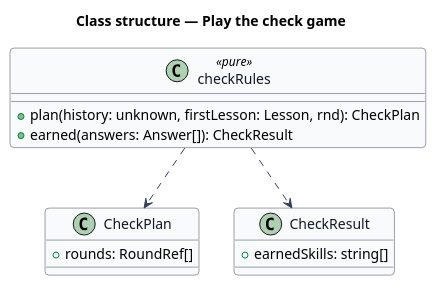
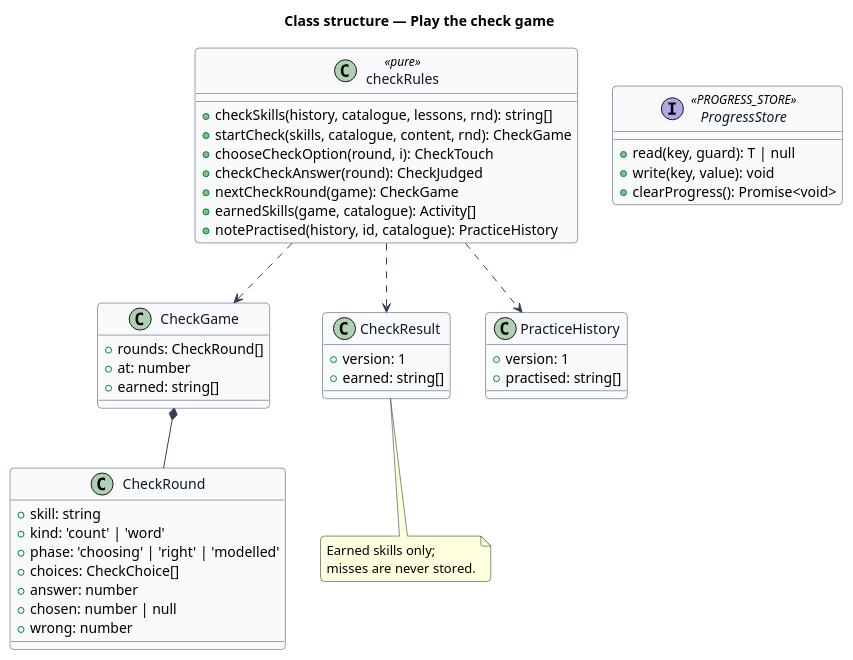
The diagram in docs/detailed-designs/lessons/check-game/diagrams/class.puml (QuinntyneBrown/pibbo), drawn with PlantUML before and after one commit. The commit also changed 30 other files, not shown here.

First line of the commit message:
Align the check game: redraw What do I know? to AGENTS.md and L2-023, the Home check card, L2-023, ADRs 0025 and 0026, and the design

```diff
--- a/docs/detailed-designs/lessons/check-game/diagrams/class.puml
+++ b/docs/detailed-designs/lessons/check-game/diagrams/class.puml
@@ -1,26 +1,55 @@
 @startuml
 skinparam backgroundColor #FFFFFF
 skinparam shadowing false
 skinparam roundcorner 8
 skinparam defaultFontName Arial
 skinparam ArrowColor #344054
 skinparam class {
   BorderColor #344054
   FontColor #101828
   BackgroundColor #F9FAFB
 }
 title Class structure — Play the check game
 
-class CheckPlan {
-  +rounds: RoundRef[]
+class CheckRound {
+  +skill: string
+  +kind: 'count' | 'word'
+  +phase: 'choosing' | 'right' | 'modelled'
+  +choices: CheckChoice[]
+  +answer: number
+  +chosen: number | null
+  +wrong: number
+}
+class CheckGame {
+  +rounds: CheckRound[]
+  +at: number
+  +earned: string[]
 }
 class CheckResult {
-  +earnedSkills: string[]
+  +version: 1
+  +earned: string[]
+}
+class PracticeHistory {
+  +version: 1
+  +practised: string[]
 }
 class checkRules <<pure>> {
-  +plan(history: unknown, firstLesson: Lesson, rnd): CheckPlan
-  +earned(answers: Answer[]): CheckResult
+  +checkSkills(history, catalogue, lessons, rnd): string[]
+  +startCheck(skills, catalogue, content, rnd): CheckGame
+  +chooseCheckOption(round, i): CheckTouch
+  +checkCheckAnswer(round): CheckJudged
+  +nextCheckRound(game): CheckGame
+  +earnedSkills(game, catalogue): Activity[]
+  +notePractised(history, id, catalogue): PracticeHistory
 }
-checkRules ..> CheckPlan
+interface ProgressStore <<PROGRESS_STORE>> {
+  +read(key, guard): T | null
+  +write(key, value): void
+  +clearProgress(): Promise<void>
+}
+checkRules ..> CheckGame
 checkRules ..> CheckResult
+checkRules ..> PracticeHistory
+CheckGame *-- CheckRound
+note bottom of CheckResult : Earned skills only;\nmisses are never stored.
 @enduml
```
